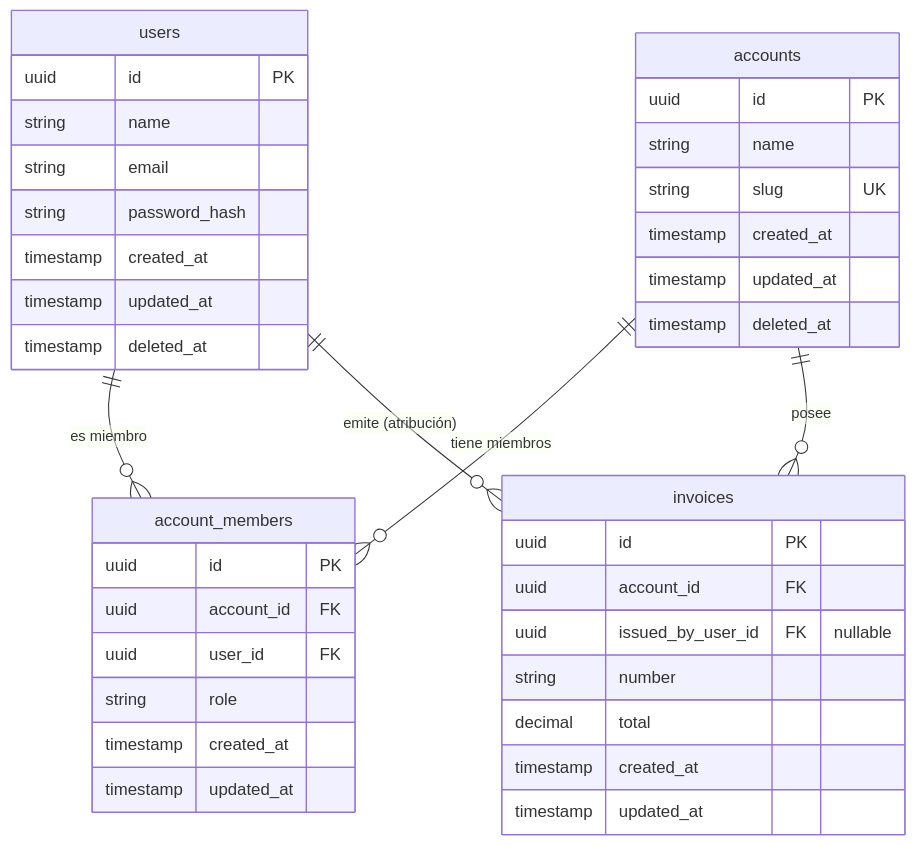
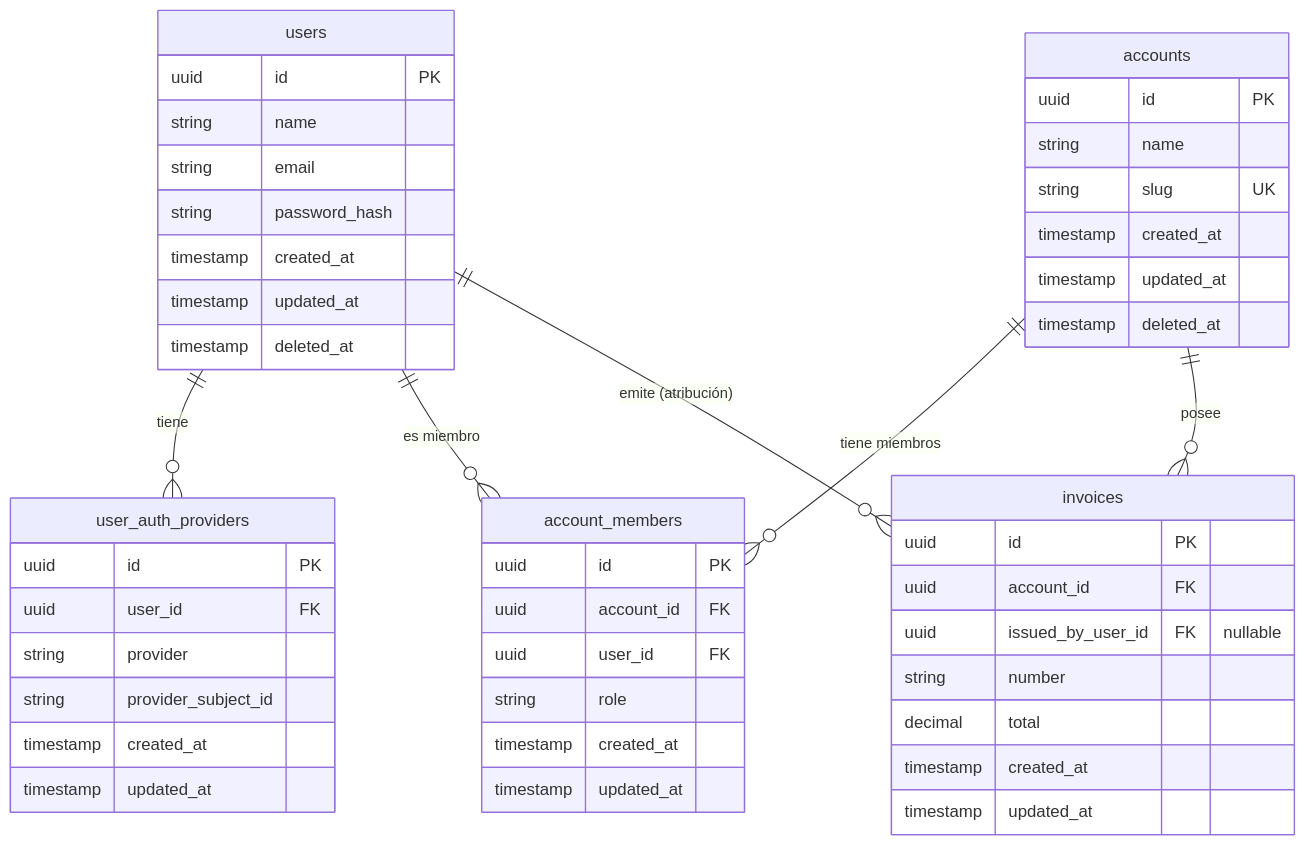
The diagram in docs/ACCOUNTS_AND_DATA_OWNERSHIP.md (cloudflax/api.cloudflax), drawn with Mermaid before and after one commit. The commit also changed other lines of this file, not shown here.

First line of the commit message:
Add authentication provider details to accounts and data ownership documentation

````diff
--- a/docs/ACCOUNTS_AND_DATA_OWNERSHIP.md
+++ b/docs/ACCOUNTS_AND_DATA_OWNERSHIP.md
@@ -76,45 +117,55 @@
 ```mermaid
 erDiagram
+    users ||--o{ user_auth_providers : "tiene"
     users ||--o{ account_members : "es miembro"
     accounts ||--o{ account_members : "tiene miembros"
     accounts ||--o{ invoices : "posee"
     users ||--o{ invoices : "emite (atribución)"
 
     users {
         uuid id PK
         string name
         string email
         string password_hash
         timestamp created_at
         timestamp updated_at
         timestamp deleted_at
+    }
+
+    user_auth_providers {
+        uuid id PK
+        uuid user_id FK
+        string provider
+        string provider_subject_id
+        timestamp created_at
+        timestamp updated_at
     }
 
     accounts {
         uuid id PK
         string name
         string slug UK
         timestamp created_at
         timestamp updated_at
         timestamp deleted_at
     }
 
     account_members {
         uuid id PK
         uuid account_id FK
         uuid user_id FK
         string role
         timestamp created_at
         timestamp updated_at
     }
 
     invoices {
         uuid id PK
         uuid account_id FK
         uuid issued_by_user_id FK "nullable"
         string number
         decimal total
         timestamp created_at
         timestamp updated_at
     }
 ```
````
